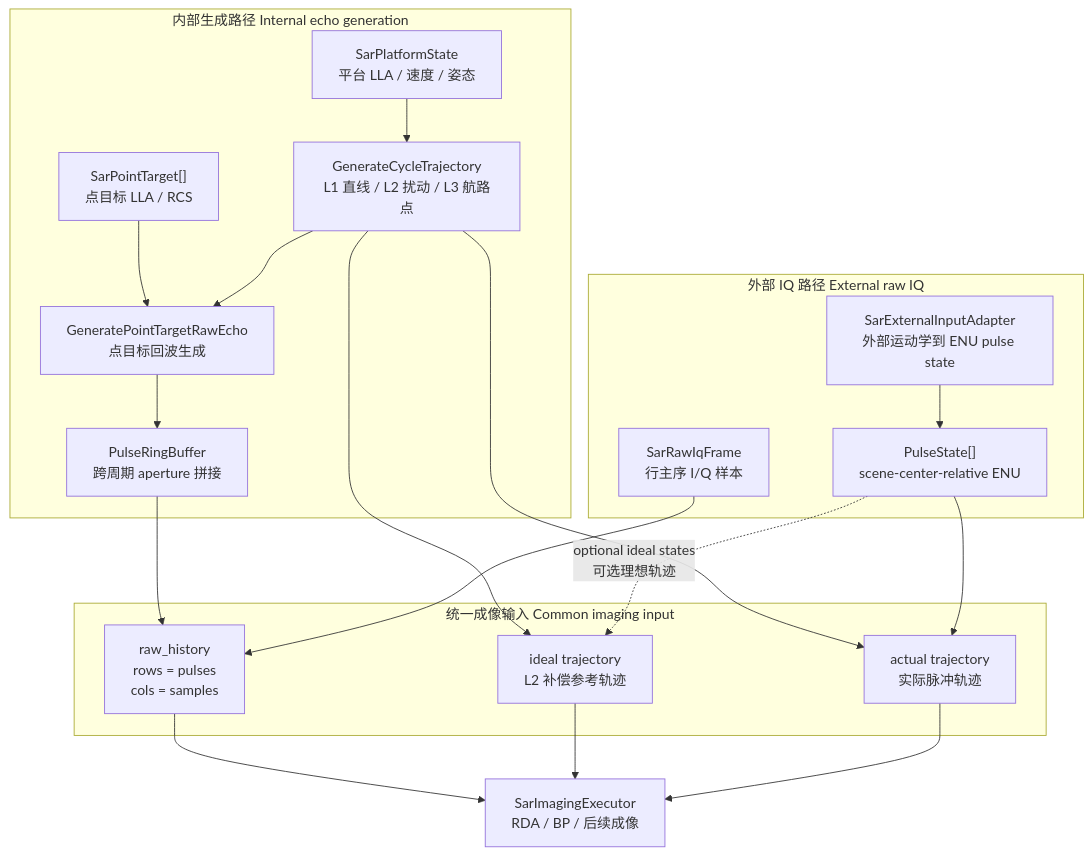
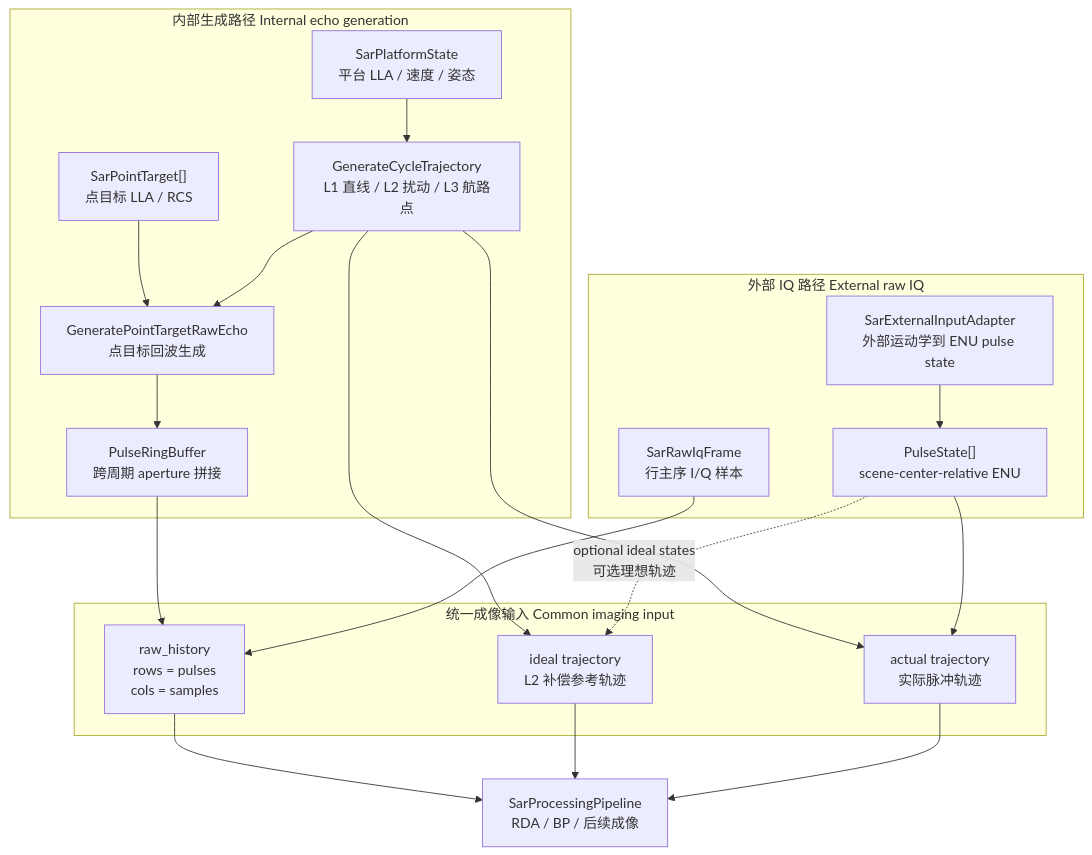
One commit to boilwater-3/1q changed the fourth of 4 diagrams in docs/sar/design.md. Above: the diagram before and after it, drawn with Mermaid. The commit also changed other lines of this file and 4 other files, not shown here.

````diff
--- a/docs/sar/design.md
+++ b/docs/sar/design.md
@@ -205,39 +196,39 @@
 ```mermaid
 flowchart TB
   subgraph Internal["内部生成路径 Internal echo generation"]
     Platform["SarPlatformState\n平台 LLA / 速度 / 姿态"]
     Targets["SarPointTarget[]\n点目标 LLA / RCS"]
     Track["GenerateCycleTrajectory\nL1 直线 / L2 扰动 / L3 航路点"]
     Echo["GeneratePointTargetRawEcho\n点目标回波生成"]
     Ring["PulseRingBuffer\n跨周期 aperture 拼接"]
   end
 
   subgraph External["外部 IQ 路径 External raw IQ"]
     RawIq["SarRawIqFrame\n行主序 I/Q 样本"]
     PulseState["PulseState[]\nscene-center-relative ENU"]
     Adapter["SarExternalInputAdapter\n外部运动学到 ENU pulse state"]
   end
 
   subgraph Common["统一成像输入 Common imaging input"]
     History["raw_history\nrows = pulses\ncols = samples"]
     Ideal["ideal trajectory\nL2 补偿参考轨迹"]
     Actual["actual trajectory\n实际脉冲轨迹"]
   end
 
   Platform --> Track
   Targets --> Echo
   Track --> Echo
   Echo --> Ring
   Ring --> History
   Track --> Ideal
   Track --> Actual
 
   Adapter --> PulseState
   RawIq --> History
   PulseState --> Actual
   PulseState -. "optional ideal states\n可选理想轨迹" .-> Ideal
 
-  History --> Next["SarImagingExecutor\nRDA / BP / 后续成像"]
+  History --> Next["SarProcessingPipeline\nRDA / BP / 后续成像"]
   Ideal --> Next
   Actual --> Next
 ```
````
